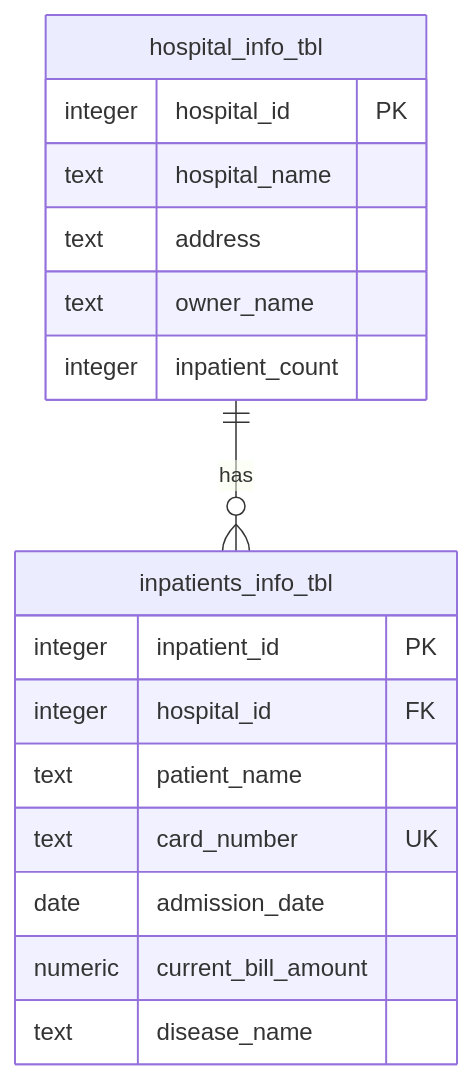
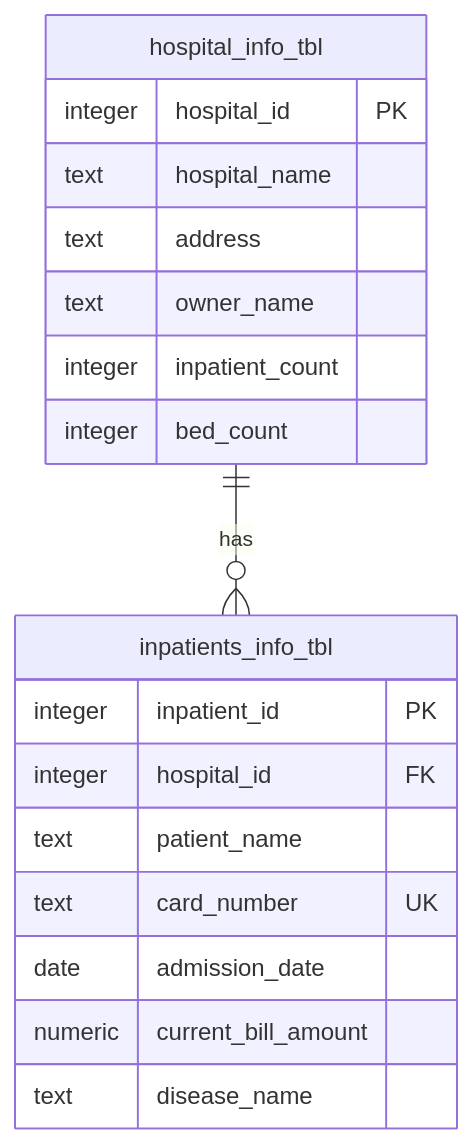
Before and after one commit to manojshetty28/hospitalportalbyclaude: the second of 2 diagrams in docs/business-spec.md, drawn with Mermaid. The commit also changed other lines of this file and 14 other files, not shown here.

````diff
--- a/docs/business-spec.md
+++ b/docs/business-spec.md
@@ -91,20 +92,21 @@
 ```mermaid
 erDiagram
   hospital_info_tbl ||--o{ inpatients_info_tbl : "has"
   hospital_info_tbl {
     integer hospital_id PK
     text hospital_name
     text address
     text owner_name
     integer inpatient_count
+    integer bed_count
   }
   inpatients_info_tbl {
     integer inpatient_id PK
     integer hospital_id FK
     text patient_name
     text card_number UK
     date admission_date
     numeric current_bill_amount
     text disease_name
   }
 ```
````
